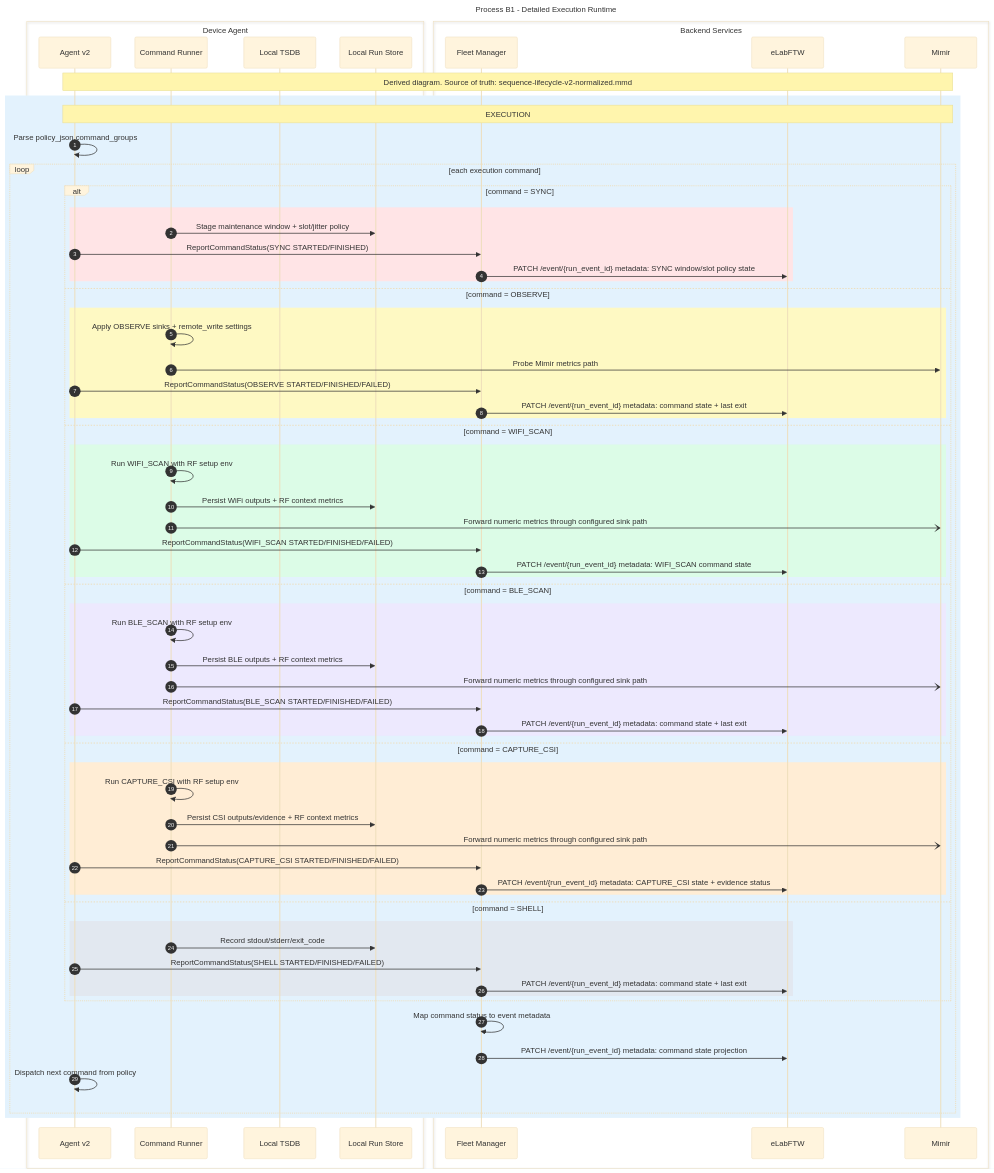
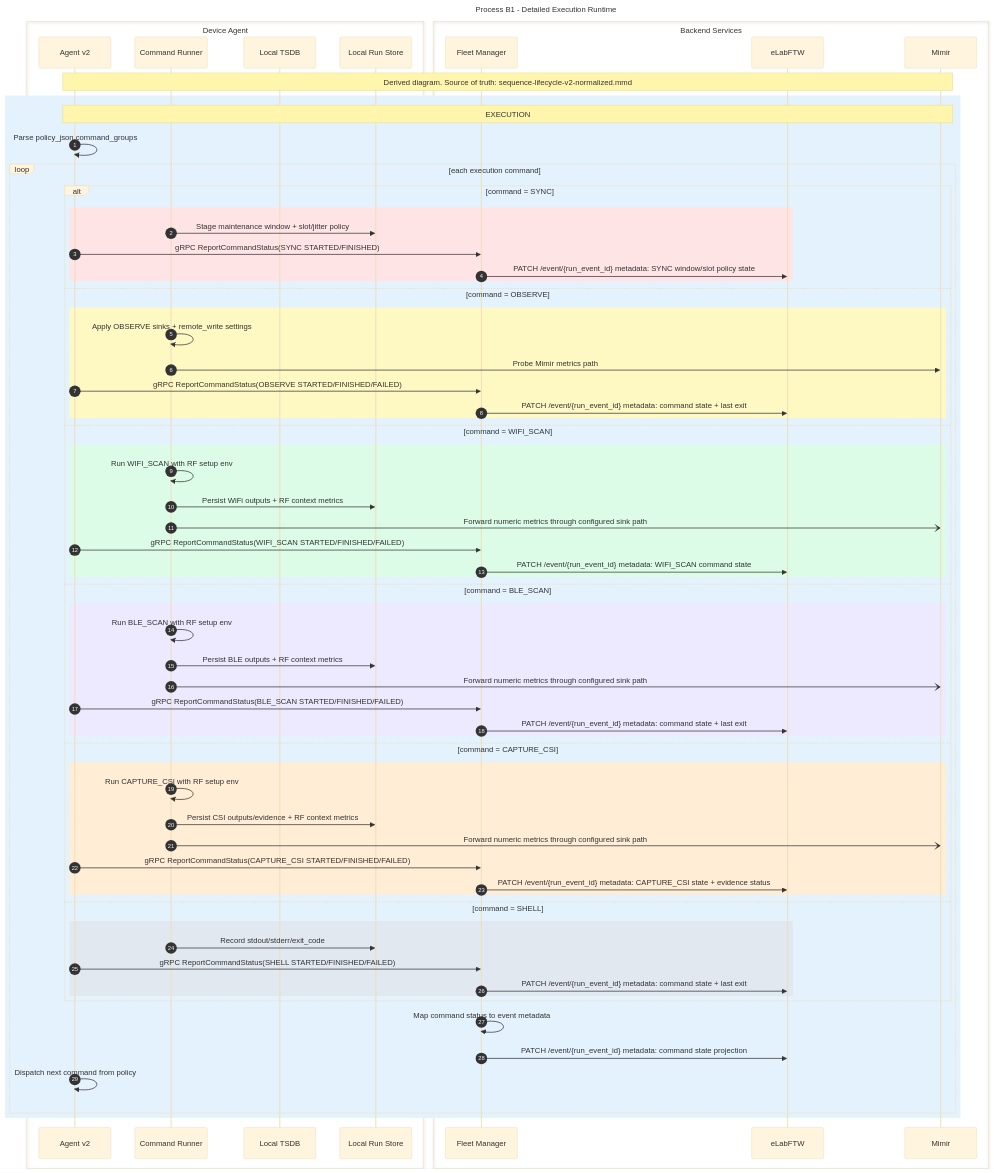
One commit to hokanuSK/Monad-Fleet-plugin changed the diagram in docs/diagrams/sequence-execution-runtime.mmd. Above: the diagram before and after it, drawn with Mermaid (base theme). The commit also changed 8 other files, not shown here.

Commit message:
docs: capture grpc flow and exp9 artifact handoff

```diff
--- a/docs/diagrams/sequence-execution-runtime.mmd
+++ b/docs/diagrams/sequence-execution-runtime.mmd
@@ -1,71 +1,71 @@
 %% NOTE: Keep this diagram updated with any protocol or flow changes!
 %% Last updated: 2026-04-22
 sequenceDiagram
     title: Process B1 - Detailed Execution Runtime
     autonumber
     box Device Agent
         participant Agent as Agent v2
         participant CmdExec as Command Runner
         participant LocalTSDB as Local TSDB
         participant RunStore as Local Run Store
     end
     box Backend Services
         participant Fleet as Fleet Manager
         participant ELab as eLabFTW
         participant Mimir as Mimir
     end
     Note over Agent,Mimir: Derived diagram. Source of truth: sequence-lifecycle-v2-normalized.mmd
 
     rect rgb(227,242,253)
         Note over Agent,Mimir: EXECUTION
         Agent->>Agent: Parse policy_json.command_groups
         loop each execution command
             alt command = SYNC
                 rect rgb(255,228,230)
                     CmdExec->>RunStore: Stage maintenance window + slot/jitter policy
-                    Agent->>Fleet: ReportCommandStatus(SYNC STARTED/FINISHED)
+                    Agent->>Fleet: gRPC ReportCommandStatus(SYNC STARTED/FINISHED)
                     Fleet->>ELab: PATCH /event/{run_event_id} metadata: SYNC window/slot policy state
                 end
             else command = OBSERVE
                 rect rgb(254,249,195)
                     CmdExec->>CmdExec: Apply OBSERVE sinks + remote_write settings
                     CmdExec->>Mimir: Probe Mimir metrics path
-                    Agent->>Fleet: ReportCommandStatus(OBSERVE STARTED/FINISHED/FAILED)
+                    Agent->>Fleet: gRPC ReportCommandStatus(OBSERVE STARTED/FINISHED/FAILED)
                     Fleet->>ELab: PATCH /event/{run_event_id} metadata: command state + last exit
                 end
             else command = WIFI_SCAN
                 rect rgb(220,252,231)
                     CmdExec->>CmdExec: Run WIFI_SCAN with RF setup env
                     CmdExec->>RunStore: Persist WiFi outputs + RF context metrics
                     CmdExec-)Mimir: Forward numeric metrics through configured sink path
-                    Agent->>Fleet: ReportCommandStatus(WIFI_SCAN STARTED/FINISHED/FAILED)
+                    Agent->>Fleet: gRPC ReportCommandStatus(WIFI_SCAN STARTED/FINISHED/FAILED)
                     Fleet->>ELab: PATCH /event/{run_event_id} metadata: WIFI_SCAN command state
                 end
             else command = BLE_SCAN
                 rect rgb(237,233,254)
                     CmdExec->>CmdExec: Run BLE_SCAN with RF setup env
                     CmdExec->>RunStore: Persist BLE outputs + RF context metrics
                     CmdExec-)Mimir: Forward numeric metrics through configured sink path
-                    Agent->>Fleet: ReportCommandStatus(BLE_SCAN STARTED/FINISHED/FAILED)
+                    Agent->>Fleet: gRPC ReportCommandStatus(BLE_SCAN STARTED/FINISHED/FAILED)
                     Fleet->>ELab: PATCH /event/{run_event_id} metadata: command state + last exit
                 end
             else command = CAPTURE_CSI
                 rect rgb(255,237,213)
                     CmdExec->>CmdExec: Run CAPTURE_CSI with RF setup env
                     CmdExec->>RunStore: Persist CSI outputs/evidence + RF context metrics
                     CmdExec-)Mimir: Forward numeric metrics through configured sink path
-                    Agent->>Fleet: ReportCommandStatus(CAPTURE_CSI STARTED/FINISHED/FAILED)
+                    Agent->>Fleet: gRPC ReportCommandStatus(CAPTURE_CSI STARTED/FINISHED/FAILED)
                     Fleet->>ELab: PATCH /event/{run_event_id} metadata: CAPTURE_CSI state + evidence status
                 end
             else command = SHELL
                 rect rgb(226,232,240)
                     CmdExec->>RunStore: Record stdout/stderr/exit_code
-                    Agent->>Fleet: ReportCommandStatus(SHELL STARTED/FINISHED/FAILED)
+                    Agent->>Fleet: gRPC ReportCommandStatus(SHELL STARTED/FINISHED/FAILED)
                     Fleet->>ELab: PATCH /event/{run_event_id} metadata: command state + last exit
                 end
             end
             Fleet->>Fleet: Map command status to event metadata
             Fleet->>ELab: PATCH /event/{run_event_id} metadata: command state projection
             Agent->>Agent: Dispatch next command from policy
         end
     end
```
